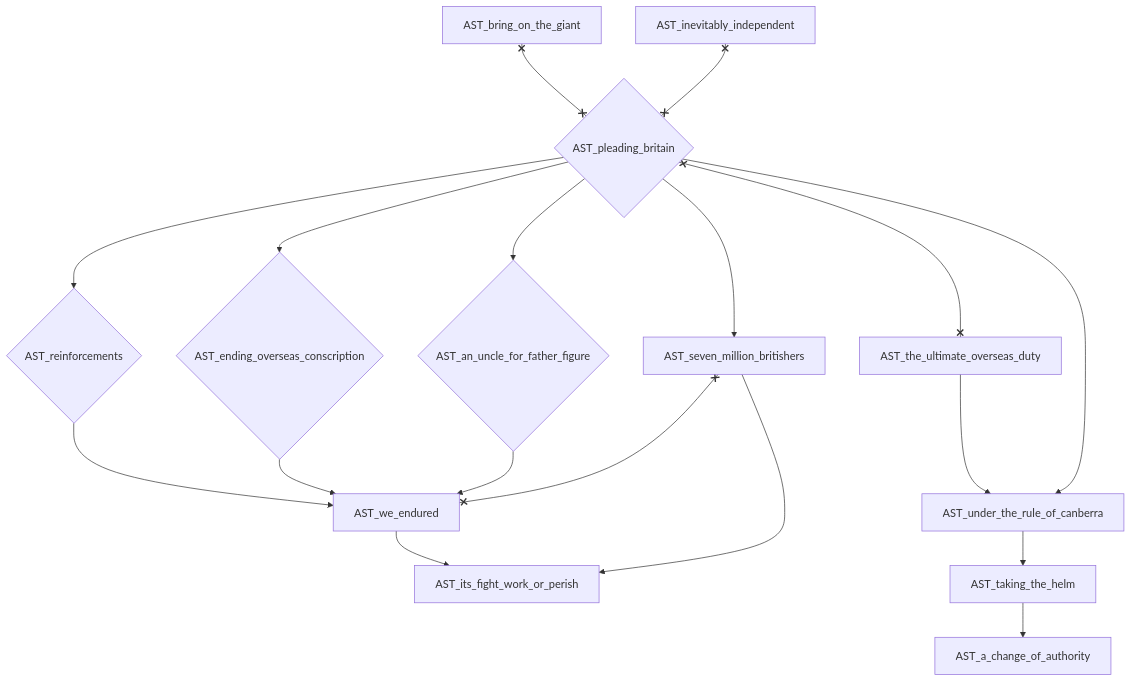
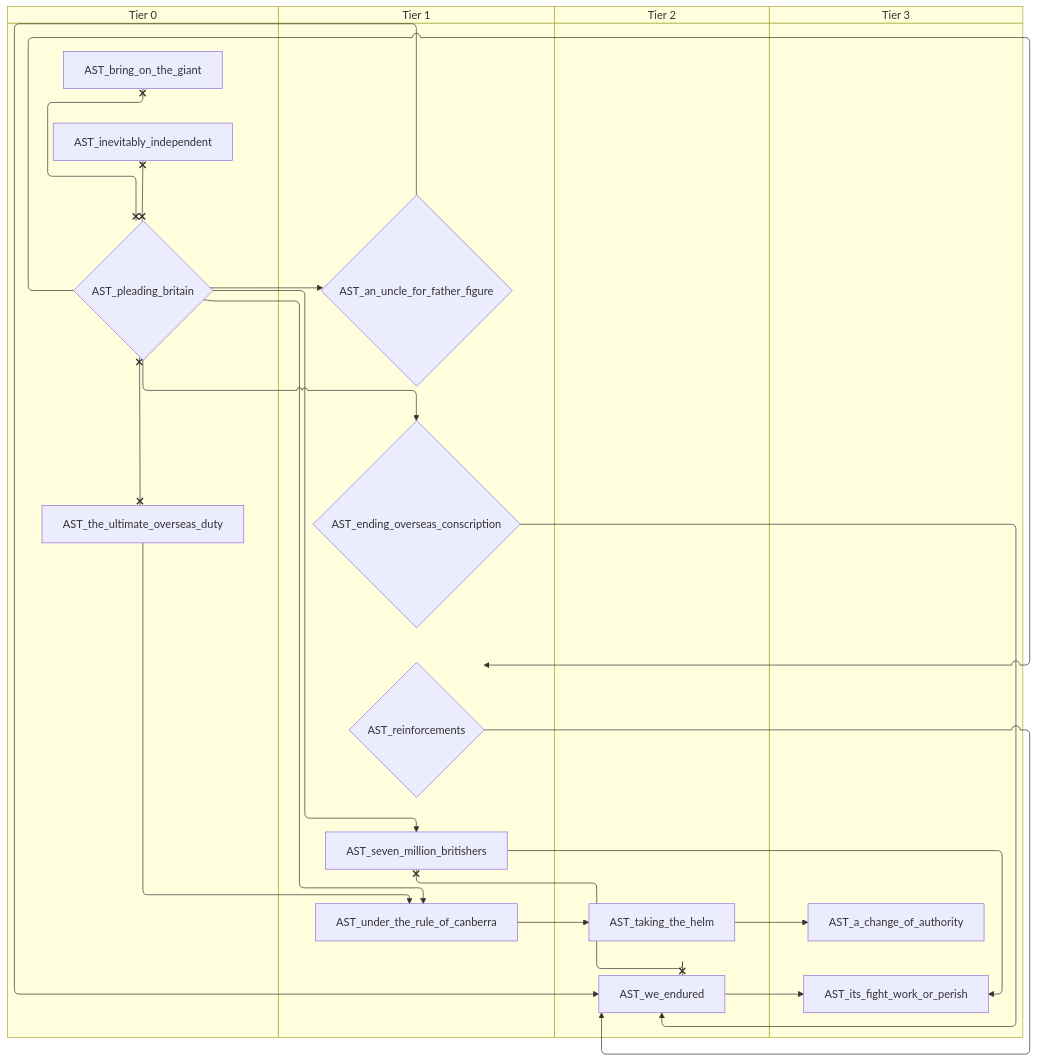
One commit to evgeny-sobol/hoi4-sandbox-mode changed the ninth of 15 diagrams in docs/gdd/National Focuses/australia_taog.md. Above: the diagram before and after it, drawn with Mermaid. The commit also changed other lines of this file and 80 other files, not shown here.

First line of the commit message:
Add swimlane mode to focus graph exporter

````diff
--- a/docs/gdd/National Focuses/australia_taog.md
+++ b/docs/gdd/National Focuses/australia_taog.md
@@ -512,33 +602,41 @@
 ```mermaid
-flowchart TD
-    n183["AST_a_change_of_authority"]
-    n184{"AST_an_uncle_for_father_figure"}
-    n154["AST_bring_on_the_giant"]
-    n185{"AST_ending_overseas_conscription"}
-    n158["AST_inevitably_independent"]
-    n186["AST_its_fight_work_or_perish"]
-    n159{"AST_pleading_britain"}
-    n187{"AST_reinforcements"}
-    n188["AST_seven_million_britishers"]
-    n189["AST_taking_the_helm"]
-    n162["AST_the_ultimate_overseas_duty"]
-    n190["AST_under_the_rule_of_canberra"]
-    n191["AST_we_endured"]
-    n189 --> n183
-    n159 --> n184
-    n159 --> n185
-    n191 --> n186
-    n188 --> n186
-    n159 --> n187
-    n159 --> n188
-    n190 --> n189
-    n162 --> n190
-    n159 --> n190
-    n187 --> n191
-    n185 --> n191
-    n184 --> n191
-    n154 x--x n159
-    n158 x--x n159
-    n159 x--x n162
-    n188 x--x n191
+swimlane-beta TD
+    subgraph tier_0["Tier 0"]
+        n152["AST_bring_on_the_giant"]
+        n153["AST_inevitably_independent"]
+        n154{"AST_pleading_britain"}
+        n155["AST_the_ultimate_overseas_duty"]
+    end
+    subgraph tier_1["Tier 1"]
+        n183{"AST_an_uncle_for_father_figure"}
+        n184{"AST_ending_overseas_conscription"}
+        n185{"AST_reinforcements"}
+        n186["AST_seven_million_britishers"]
+        n187["AST_under_the_rule_of_canberra"]
+    end
+    subgraph tier_2["Tier 2"]
+        n188["AST_taking_the_helm"]
+        n189["AST_we_endured"]
+    end
+    subgraph tier_3["Tier 3"]
+        n190["AST_a_change_of_authority"]
+        n191["AST_its_fight_work_or_perish"]
+    end
+    n188 --> n190
+    n154 --> n183
+    n154 --> n184
+    n189 --> n191
+    n186 --> n191
+    n154 --> n185
+    n154 --> n186
+    n187 --> n188
+    n155 --> n187
+    n154 --> n187
+    n185 --> n189
+    n184 --> n189
+    n183 --> n189
+    n152 x--x n154
+    n153 x--x n154
+    n154 x--x n155
+    n186 x--x n189
 ```
````
